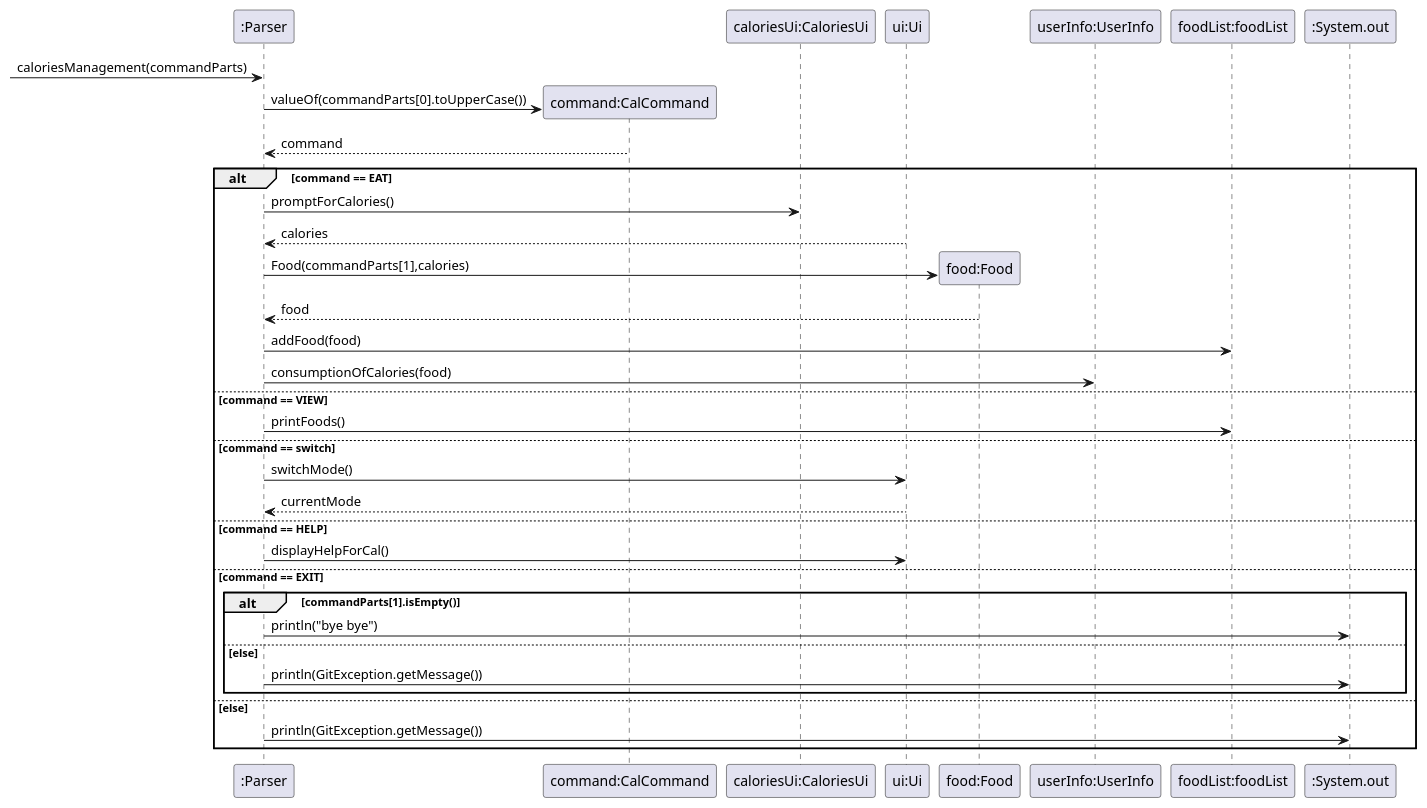
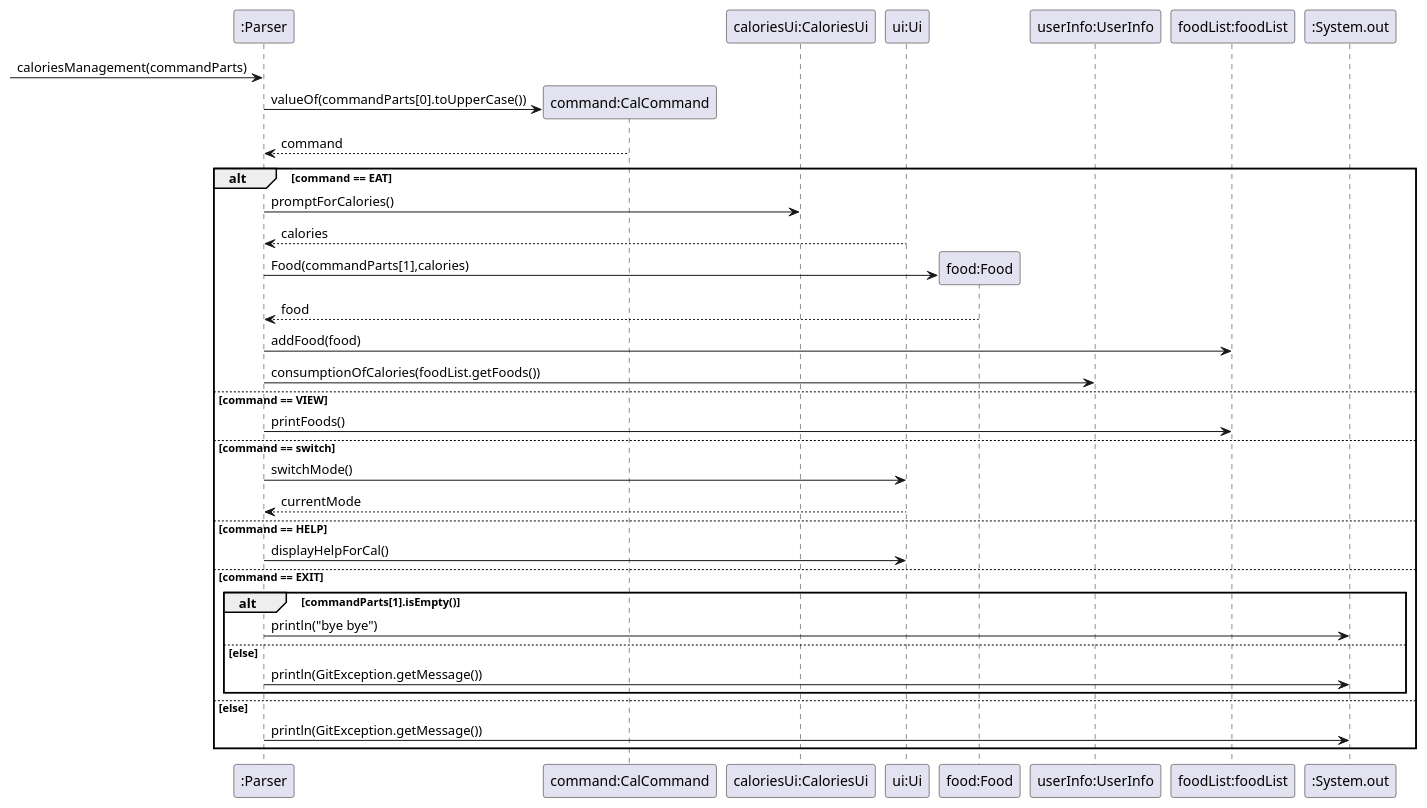
Before and after one commit to LuoYu-uwu/tp: the diagram in docs/diagrams/caloriesManagement.puml, drawn with PlantUML. The commit also changed 3 other files, not shown here.

Commit message:
Add some unit test and update sequence diagram

```diff
--- a/docs/diagrams/caloriesManagement.puml
+++ b/docs/diagrams/caloriesManagement.puml
@@ -1,44 +1,44 @@
 @startuml
 
 participant ":Parser" as p
 participant "command:CalCommand" as cal
 participant "caloriesUi:CaloriesUi" as cui
 participant "ui:Ui" as ui
 participant "food:Food" as f
 participant "userInfo:UserInfo" as info
 participant "foodList:foodList" as fl
 participant ":System.out" as sys
 
  -> p : caloriesManagement(commandParts)
 create cal
 p -> cal : valueOf(commandParts[0].toUpperCase())
 cal --> p : command
 
 alt command == EAT
     p -> cui : promptForCalories()
     ui --> p : calories
     create f
     p -> f : Food(commandParts[1],calories)
     f --> p : food
     p -> fl : addFood(food)
-    p -> info : consumptionOfCalories(food)
+    p -> info : consumptionOfCalories(foodList.getFoods())
 else command == VIEW
     p -> fl: printFoods()
 else command == switch
     p -> ui : switchMode()
     ui --> p : currentMode
 else command == HELP
     p -> ui : displayHelpForCal()
 else command == EXIT
     alt commandParts[1].isEmpty()
             p -> sys : println("bye bye")
     else else
              p -> sys : println(GitException.getMessage())
     end
 else else
     p -> sys : println(GitException.getMessage())
 end
 
 
 
 @enduml
```
